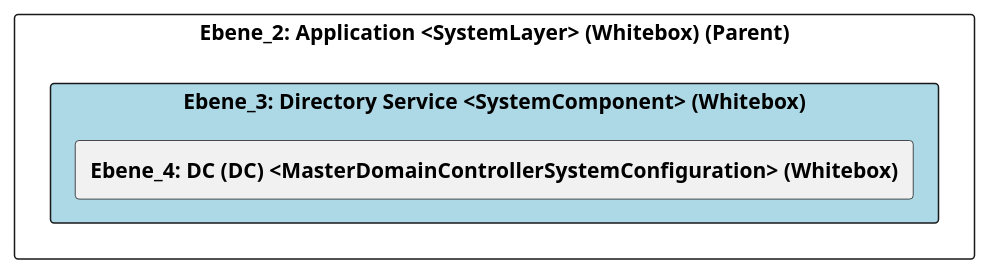
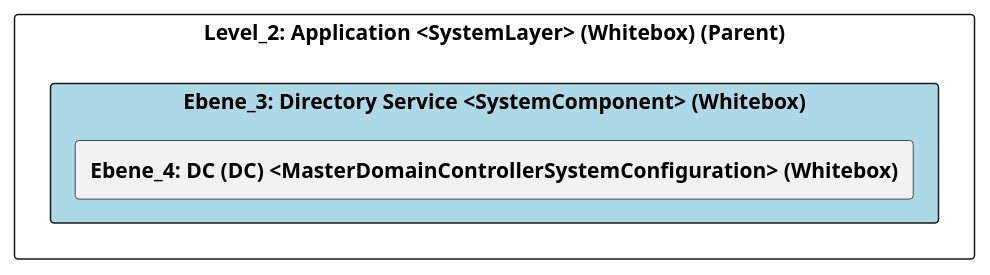
The diagram in src/cleon.architecturemethods.arc42.sample/doc/cleon_architecturemethods_arc42_sample_system/adoc/de/05_bausteinsicht/ikt/application/directory_service/ebene_3_directory_service.adoc (marcozwyssig/cleon), drawn with PlantUML before and after one commit. The commit also changed other lines of this file and 169 other files, not shown here.

```diff
--- a/src/cleon.architecturemethods.arc42.sample/doc/cleon_architecturemethods_arc42_sample_system/adoc/de/05_bausteinsicht/ikt/application/directory_service/ebene_3_directory_service.adoc
+++ b/src/cleon.architecturemethods.arc42.sample/doc/cleon_architecturemethods_arc42_sample_system/adoc/de/05_bausteinsicht/ikt/application/directory_service/ebene_3_directory_service.adoc
@@ -24,26 +24,26 @@
 [plantuml, Ebene_3: Directory Service <SystemComponent> (Whitebox)BlockOverview, format="svg"]
 ----
 @startuml Ebene_3: Directory Service <SystemComponent> (Whitebox)BuildingBlockOverview
 
 skinparam ranksep 10
 skinparam componentStyle rectangle
 skinparam shadowing false
 skinparam arrowColor lightblue
 skinparam arrowThickness 1.2
 skinparam rectangle {
   BackgroundColor White
   BorderColor #333
   RoundCorner 10
 }
 top to bottom direction
 
-component "Ebene_2: Application <SystemLayer> (Whitebox) (Parent)" {
+component "Level_2: Application <SystemLayer> (Whitebox) (Parent)" {
     component "Ebene_3: Directory Service <SystemComponent> (Whitebox)" #lightblue {
         [**Ebene_4: DC (DC) <MasterDomainControllerSystemConfiguration> (Whitebox)**] as 8C664CF7_219A_11F0_83AE_DF5418A109A4
     }
 
     
 }
 
 @enduml
 ----
```
